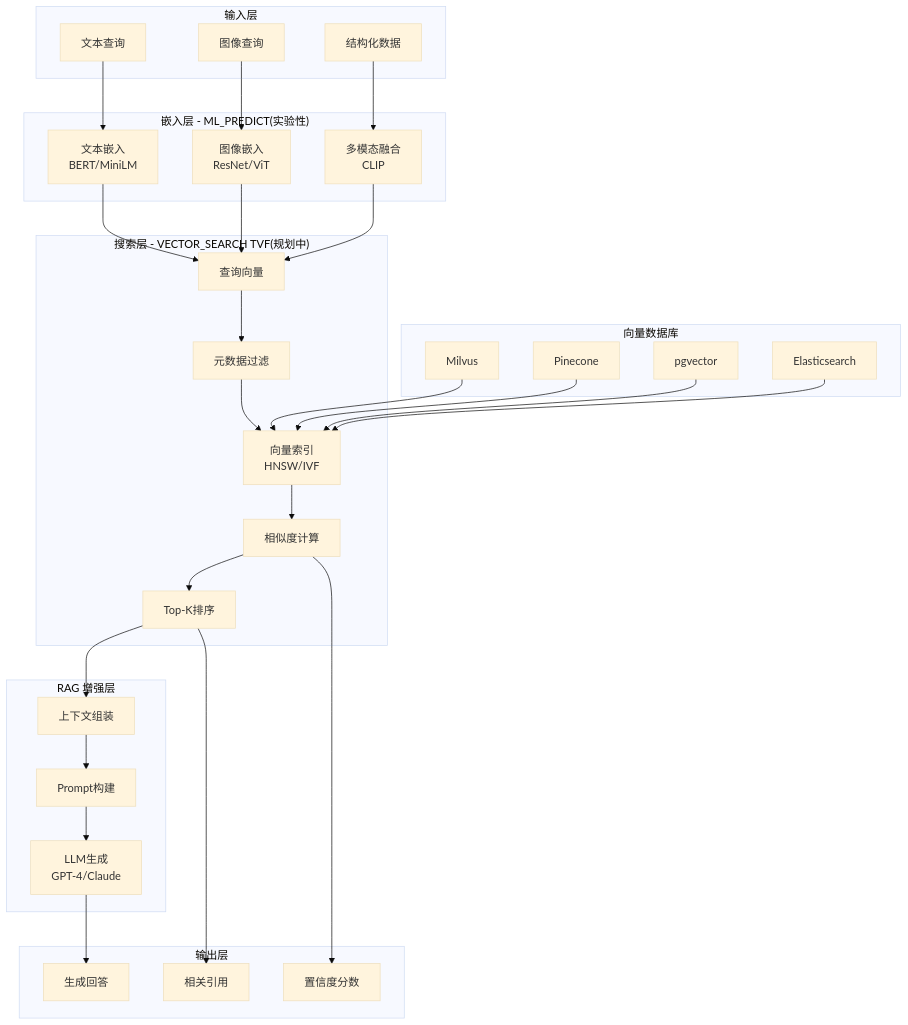
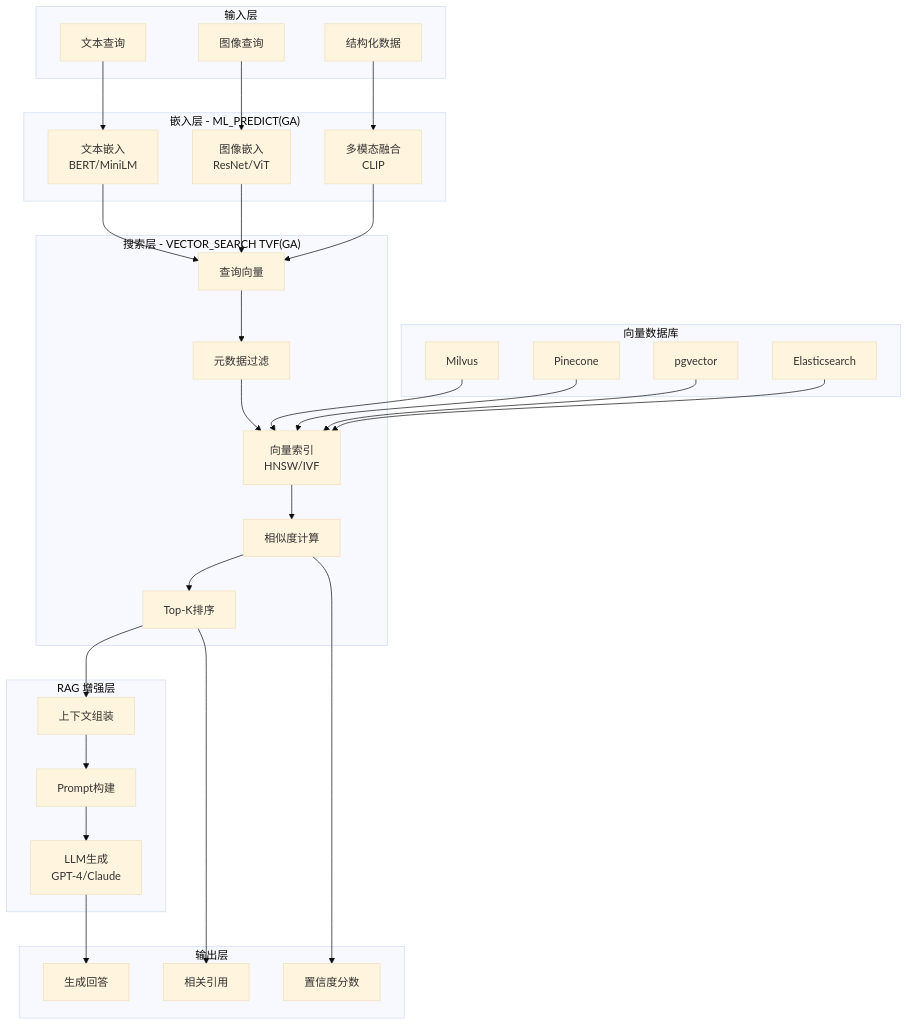
The first of 5 diagrams in Flink/03-api/03.02-table-sql-api/flink-vector-search-rag.md (AdaMartin18010/AnalysisDataFlow), drawn with Mermaid (base theme) before and after one commit. The commit also changed other lines of this file and 34 other files, not shown here.

````diff
--- a/Flink/03-api/03.02-table-sql-api/flink-vector-search-rag.md
+++ b/Flink/03-api/03.02-table-sql-api/flink-vector-search-rag.md
@@ -985,62 +985,62 @@
 ```mermaid
 graph TB
     subgraph Input["输入层"]
         A1[文本查询]
         A2[图像查询]
         A3[结构化数据]
     end
 
-    subgraph Embedding["嵌入层 - ML_PREDICT(实验性)"]
+    subgraph Embedding["嵌入层 - ML_PREDICT(GA)"]
         B1[文本嵌入<br/>BERT/MiniLM]
         B2[图像嵌入<br/>ResNet/ViT]
         B3[多模态融合<br/>CLIP]
     end
 
-    subgraph Search["搜索层 - VECTOR_SEARCH TVF(规划中)"]
+    subgraph Search["搜索层 - VECTOR_SEARCH TVF(GA)"]
         C1[查询向量]
         C2[元数据过滤]
         C3[向量索引<br/>HNSW/IVF]
         C4[相似度计算]
         C5[Top-K排序]
     end
 
     subgraph VectorDB["向量数据库"]
         D1[Milvus]
         D2[Pinecone]
         D3[pgvector]
         D4[Elasticsearch]
     end
 
     subgraph RAG["RAG 增强层"]
         E1[上下文组装]
         E2[Prompt构建]
         E3[LLM生成<br/>GPT-4/Claude]
     end
 
     subgraph Output["输出层"]
         F1[生成回答]
         F2[相关引用]
         F3[置信度分数]
     end
 
     A1 --> B1
     A2 --> B2
     A3 --> B3
     B1 --> C1
     B2 --> C1
     B3 --> C1
     C1 --> C2
     C2 --> C3
     C3 --> C4
     C4 --> C5
     D1 --> C3
     D2 --> C3
     D3 --> C3
     D4 --> C3
     C5 --> E1
     E1 --> E2
     E2 --> E3
     E3 --> F1
     C5 --> F2
     C4 --> F3
 ```
````
